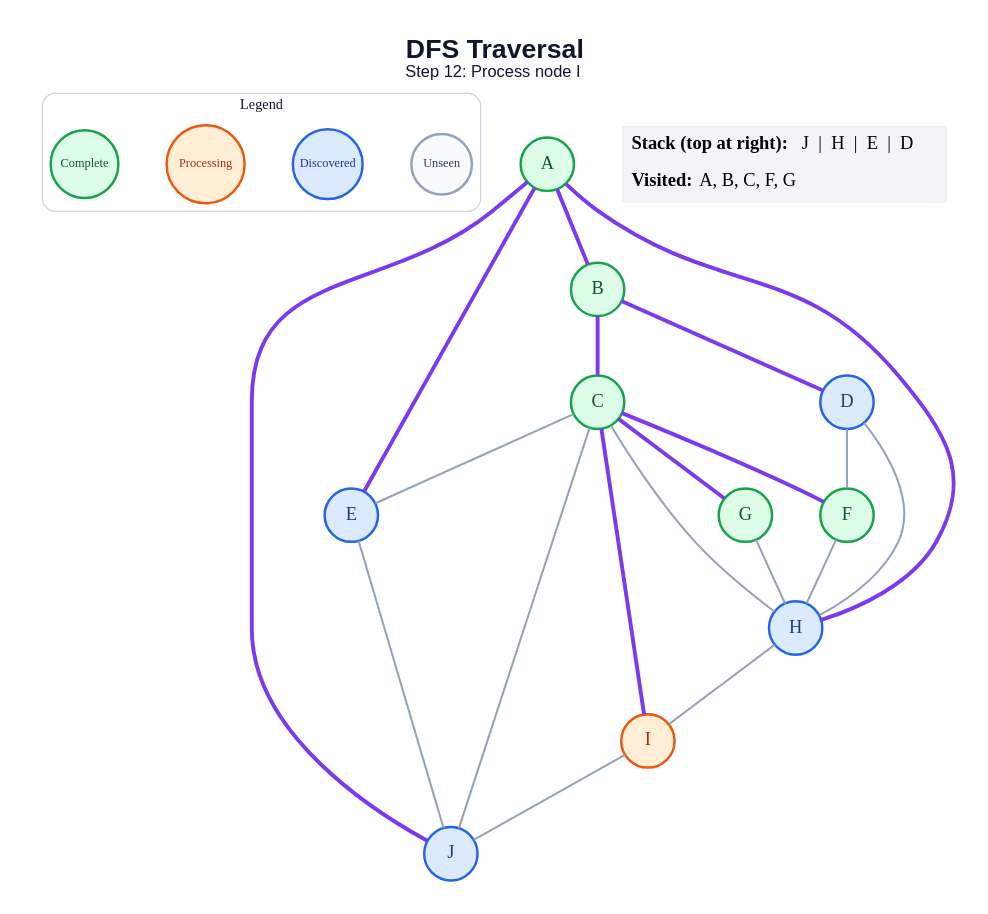
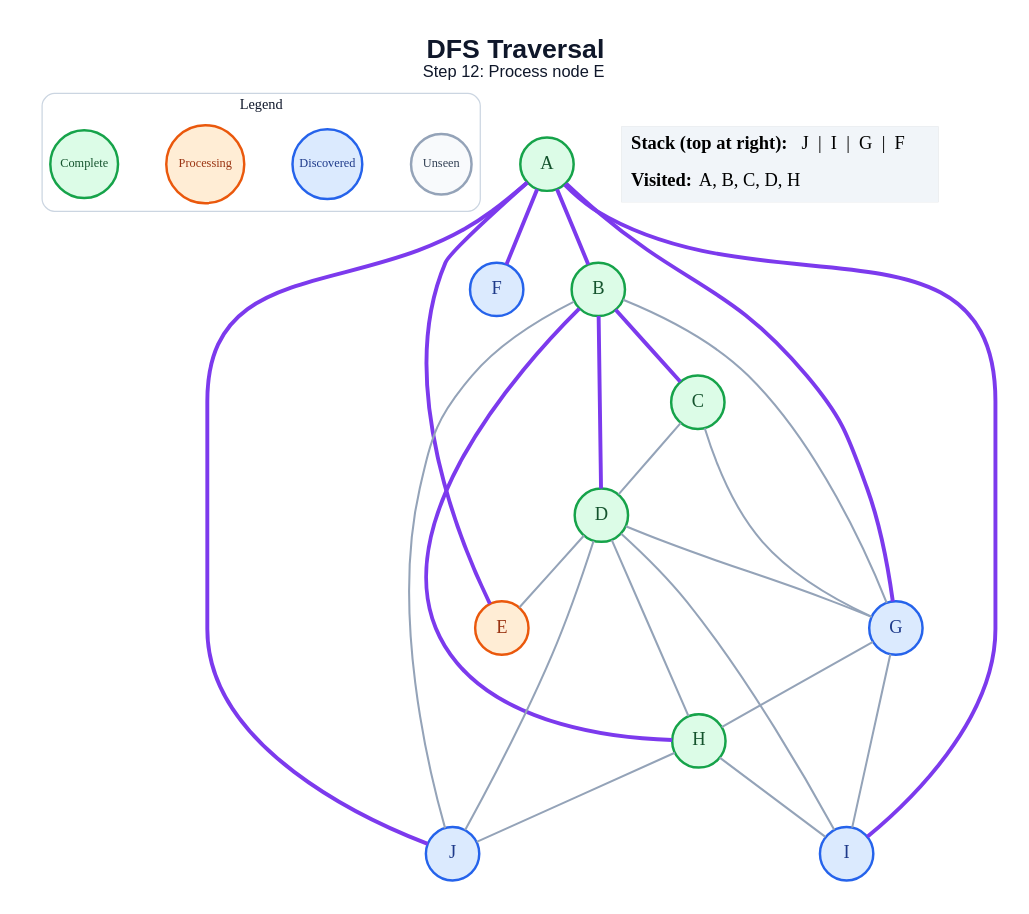
The diagram in generated/dfs/step_12.dot (amanghodawala9/ai-slop), drawn with Graphviz before and after one commit. The commit also changed 178 other files, not shown here.

```diff
--- a/generated/dfs/step_12.dot
+++ b/generated/dfs/step_12.dot
@@ -1,48 +1,51 @@
 graph traversal {
   graph [layout=dot, rankdir=TB, bgcolor="#FFFFFF", pad="0.35", nodesep="0.65", ranksep="0.8", fontname="Arial"];
   node [shape=circle, style="filled", fontname="Arial Bold", fontsize=18, width=0.72, fixedsize=true, penwidth=2.4];
   edge [color="#94A3B8", penwidth=2.0];
-  label=<<B>DFS Traversal</B><BR/><FONT POINT-SIZE="16">Step 12: Process node I</FONT>>; labelloc="t"; fontsize=26; fontname="Arial"; fontcolor="#0F172A";
+  label=<<B>DFS Traversal</B><BR/><FONT POINT-SIZE="16">Step 12: Process node E</FONT>>; labelloc="t"; fontsize=26; fontname="Arial"; fontcolor="#0F172A";
   subgraph cluster_legend { label="Legend"; color="#CBD5E1"; penwidth=1.2; style="rounded"; fontsize=14; fontname="Arial Bold";
     key_unseen [label="Unseen", fillcolor="#F8FAFC", color="#94A3B8", fontcolor="#334155", fontsize=12, width=0.82];
     key_frontier [label="Discovered", fillcolor="#DBEAFE", color="#2563EB", fontcolor="#1E3A8A", fontsize=12, width=0.95];
     key_current [label="Processing", fillcolor="#FFEDD5", color="#EA580C", fontcolor="#9A3412", fontsize=12, width=1.05];
     key_done [label="Complete", fillcolor="#DCFCE7", color="#16A34A", fontcolor="#14532D", fontsize=12, width=0.92];
     { rank=same; key_unseen; key_frontier; key_current; key_done; }
   }
   A [fillcolor="#DCFCE7", color="#16A34A", fontcolor="#14532D"];
   B [fillcolor="#DCFCE7", color="#16A34A", fontcolor="#14532D"];
   C [fillcolor="#DCFCE7", color="#16A34A", fontcolor="#14532D"];
-  D [fillcolor="#DBEAFE", color="#2563EB", fontcolor="#1E3A8A"];
-  E [fillcolor="#DBEAFE", color="#2563EB", fontcolor="#1E3A8A"];
-  F [fillcolor="#DCFCE7", color="#16A34A", fontcolor="#14532D"];
-  G [fillcolor="#DCFCE7", color="#16A34A", fontcolor="#14532D"];
-  H [fillcolor="#DBEAFE", color="#2563EB", fontcolor="#1E3A8A"];
-  I [fillcolor="#FFEDD5", color="#EA580C", fontcolor="#9A3412"];
+  D [fillcolor="#DCFCE7", color="#16A34A", fontcolor="#14532D"];
+  E [fillcolor="#FFEDD5", color="#EA580C", fontcolor="#9A3412"];
+  F [fillcolor="#DBEAFE", color="#2563EB", fontcolor="#1E3A8A"];
+  G [fillcolor="#DBEAFE", color="#2563EB", fontcolor="#1E3A8A"];
+  H [fillcolor="#DCFCE7", color="#16A34A", fontcolor="#14532D"];
+  I [fillcolor="#DBEAFE", color="#2563EB", fontcolor="#1E3A8A"];
   J [fillcolor="#DBEAFE", color="#2563EB", fontcolor="#1E3A8A"];
   A -- B [color="#7C3AED", penwidth=3.8];
   A -- E [color="#7C3AED", penwidth=3.8];
-  A -- H [color="#7C3AED", penwidth=3.8];
+  A -- F [color="#7C3AED", penwidth=3.8];
+  A -- G [color="#7C3AED", penwidth=3.8];
+  A -- I [color="#7C3AED", penwidth=3.8];
   A -- J [color="#7C3AED", penwidth=3.8];
   B -- C [color="#7C3AED", penwidth=3.8];
   B -- D [color="#7C3AED", penwidth=3.8];
-  C -- E;
-  C -- F [color="#7C3AED", penwidth=3.8];
-  C -- G [color="#7C3AED", penwidth=3.8];
-  C -- H;
-  C -- I [color="#7C3AED", penwidth=3.8];
-  C -- J;
-  D -- F;
+  B -- G;
+  B -- H [color="#7C3AED", penwidth=3.8];
+  B -- J;
+  C -- D;
+  C -- G;
+  D -- E;
+  D -- G;
   D -- H;
-  E -- J;
-  F -- H;
+  D -- I;
+  D -- J;
   G -- H;
+  G -- I;
   H -- I;
-  I -- J;
+  H -- J;
   status [shape=plain, fixedsize=false, width=0, height=0, margin=0, label=<
     <TABLE BORDER="0" CELLBORDER="0" CELLPADDING="7" BGCOLOR="#F1F5F9">
-      <TR><TD ALIGN="LEFT"><B>Stack (top at right):</B> J  |  H  |  E  |  D</TD></TR>
-      <TR><TD ALIGN="LEFT"><B>Visited:</B> A, B, C, F, G</TD></TR>
+      <TR><TD ALIGN="LEFT"><B>Stack (top at right):</B> J  |  I  |  G  |  F</TD></TR>
+      <TR><TD ALIGN="LEFT"><B>Visited:</B> A, B, C, D, H</TD></TR>
     </TABLE>
   >];
 }
```
